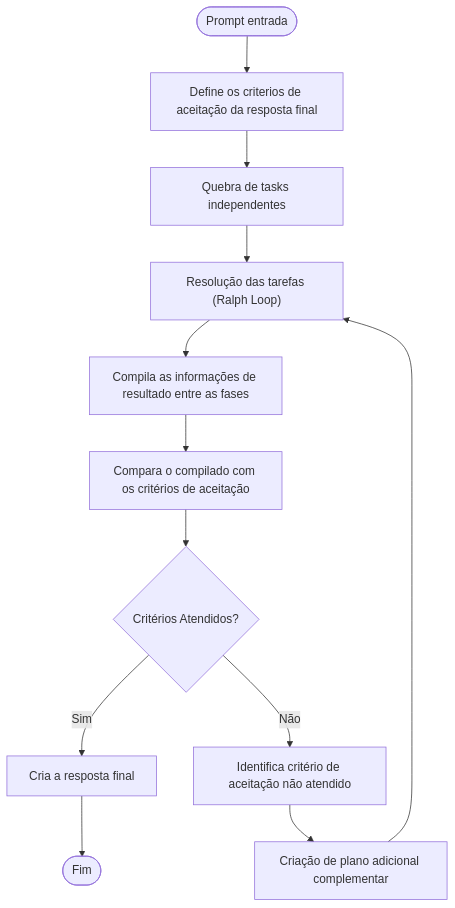
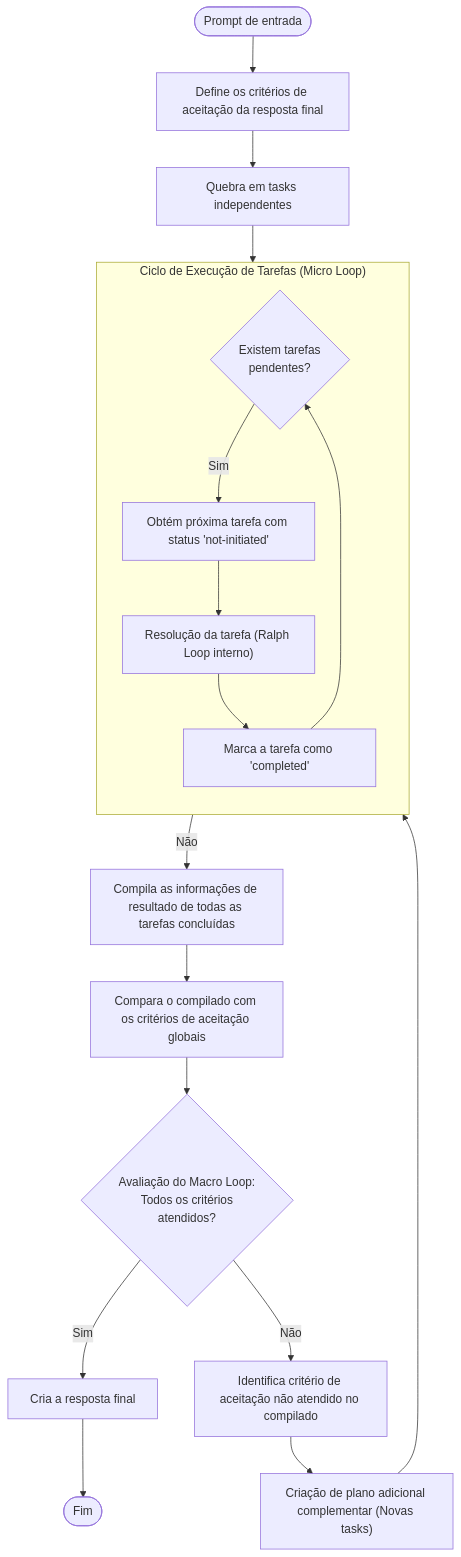
The diagram in docs/entregas/paper_v2/diagramas_mermaid/fluxo_marcro.md (TCC-FEI-Harness-IA/AI-Harness-Beyond-Software-Engineering), drawn with Mermaid before and after one commit. The commit also changed 5 other files, not shown here.

````diff
--- a/docs/entregas/paper_v2/diagramas_mermaid/fluxo_marcro.md
+++ b/docs/entregas/paper_v2/diagramas_mermaid/fluxo_marcro.md
@@ -1,34 +1,48 @@
 ```mermaid
 flowchart TD
 
-    A([Prompt entrada])
+    A([Prompt de entrada])
 
-    B["Define os criterios de aceitação da resposta final"]
-    C["Quebra de tasks independentes"]
-    D["Resolução das tarefas (Ralph Loop)"]
-    E["Compila as informações de resultado entre as fases"]
-    F["Compara o compilado com os critérios de aceitação"]
+    B["Define os critérios de aceitação da resposta final"]
+    C["Quebra em tasks independentes"]
 
-    G{"Critérios Atendidos?"}
+    subgraph Processamento ["Ciclo de Execução de Tarefas (Micro Loop)"]
+        direction TB
+        TaskCheck{"Existem tarefas<br>pendentes?"}
+        GetTask["Obtém próxima tarefa com status 'not-initiated'"]
+        ResolveTask["Resolução da tarefa (Ralph Loop interno)"]
+        UpdateTask["Marca a tarefa como 'completed'"]
+
+        TaskCheck -- Sim --> GetTask
+        GetTask --> ResolveTask
+        ResolveTask --> UpdateTask
+        UpdateTask --> TaskCheck
+    end
+
+    E["Compila as informações de resultado de todas as tarefas concluídas"]
+    F["Compara o compilado com os critérios de aceitação globais"]
+
+    G{"Avaliação do Macro Loop:<br>Todos os critérios<br>atendidos?"}
 
     H["Cria a resposta final"]
     I([Fim])
 
-    J["Identifica critério de aceitação não atendido"]
-    K["Criação de plano adicional complementar"]
+    J["Identifica critério de aceitação não atendido no compilado"]
+    K["Criação de plano adicional complementar (Novas tasks)"]
 
     A --> B
     B --> C
-    C --> D
-    D --> E
+    C --> TaskCheck
+
+    TaskCheck -- Não --> E
     E --> F
     F --> G
 
     G -- Sim --> H
     H --> I
 
     G -- Não --> J
     J --> K
-    K --> D
+    K --> TaskCheck
 
 ```
````
